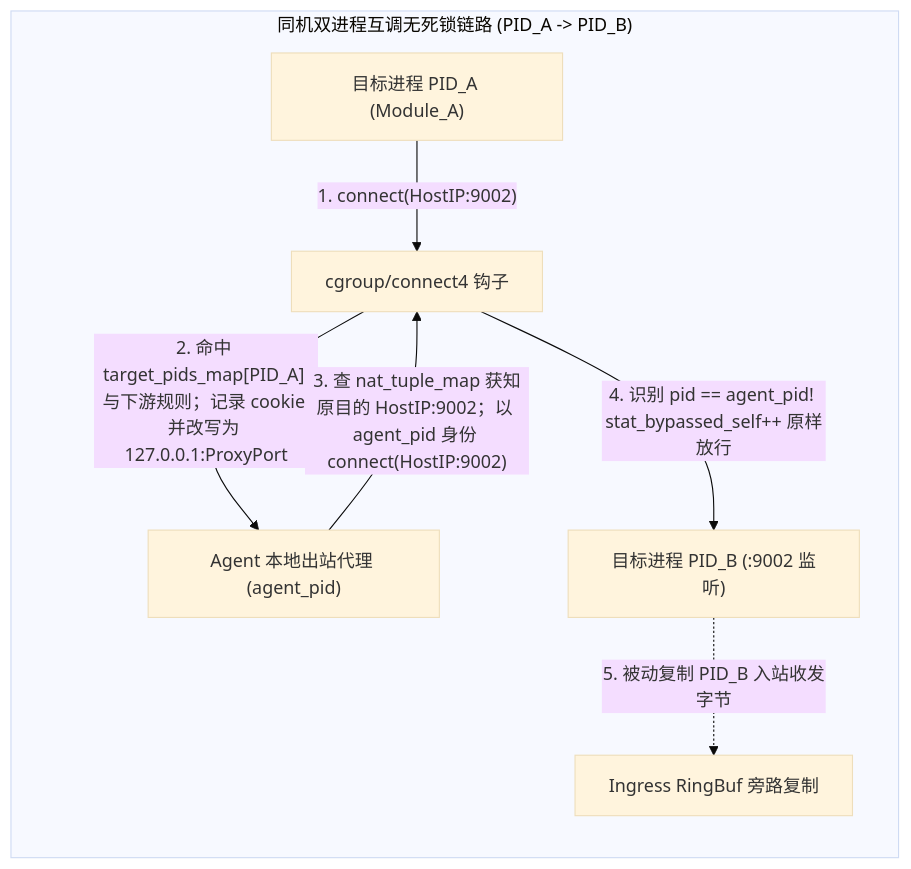
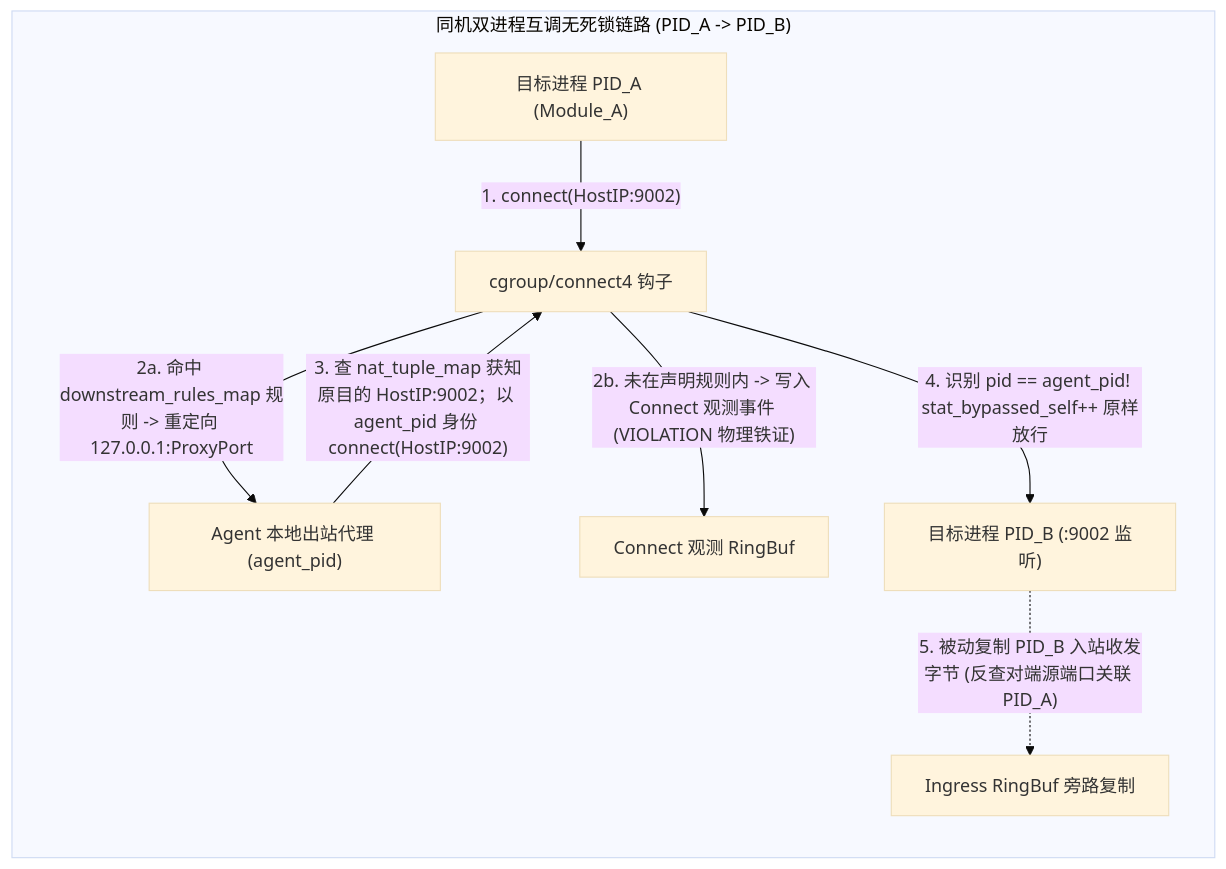
The second of 3 diagrams in docs/02-design/02-data-plane-and-cros-rpc-engine.md (fugui/code-traefik), drawn with Mermaid (base theme) before and after one commit. The commit also changed other lines of this file and 9 other files, not shown here.

````diff
--- a/docs/02-design/02-data-plane-and-cros-rpc-engine.md
+++ b/docs/02-design/02-data-plane-and-cros-rpc-engine.md
@@ -202,16 +217,18 @@
 ```mermaid
 flowchart LR
     subgraph SameHost["同机双进程互调无死锁链路 (PID_A -> PID_B)"]
         ProcA["目标进程 PID_A (Module_A)"]
         Hook["cgroup/connect4 钩子"]
         Proxy["Agent 本地出站代理 (agent_pid)"]
         ProcB["目标进程 PID_B (:9002 监听)"]
         IngCopy["Ingress RingBuf 旁路复制"]
+        ObsRing["Connect 观测 RingBuf"]
     end
 
     ProcA -- "1. connect(HostIP:9002)" --> Hook
-    Hook -- "2. 命中 target_pids_map[PID_A] 与下游规则；记录 cookie 并改写为 127.0.0.1:ProxyPort" --> Proxy
+    Hook -- "2a. 命中 downstream_rules_map 规则 -> 重定向 127.0.0.1:ProxyPort" --> Proxy
+    Hook -- "2b. 未在声明规则内 -> 写入 Connect 观测事件 (VIOLATION 物理铁证)" --> ObsRing
     Proxy -- "3. 查 nat_tuple_map 获知原目的 HostIP:9002；以 agent_pid 身份 connect(HostIP:9002)" --> Hook
     Hook -- "4. 识别 pid == agent_pid! stat_bypassed_self++ 原样放行" --> ProcB
-    ProcB -. "5. 被动复制 PID_B 入站收发字节" .-> IngCopy
+    ProcB -. "5. 被动复制 PID_B 入站收发字节 (反查对端源端口关联 PID_A)" .-> IngCopy
 ```
````
